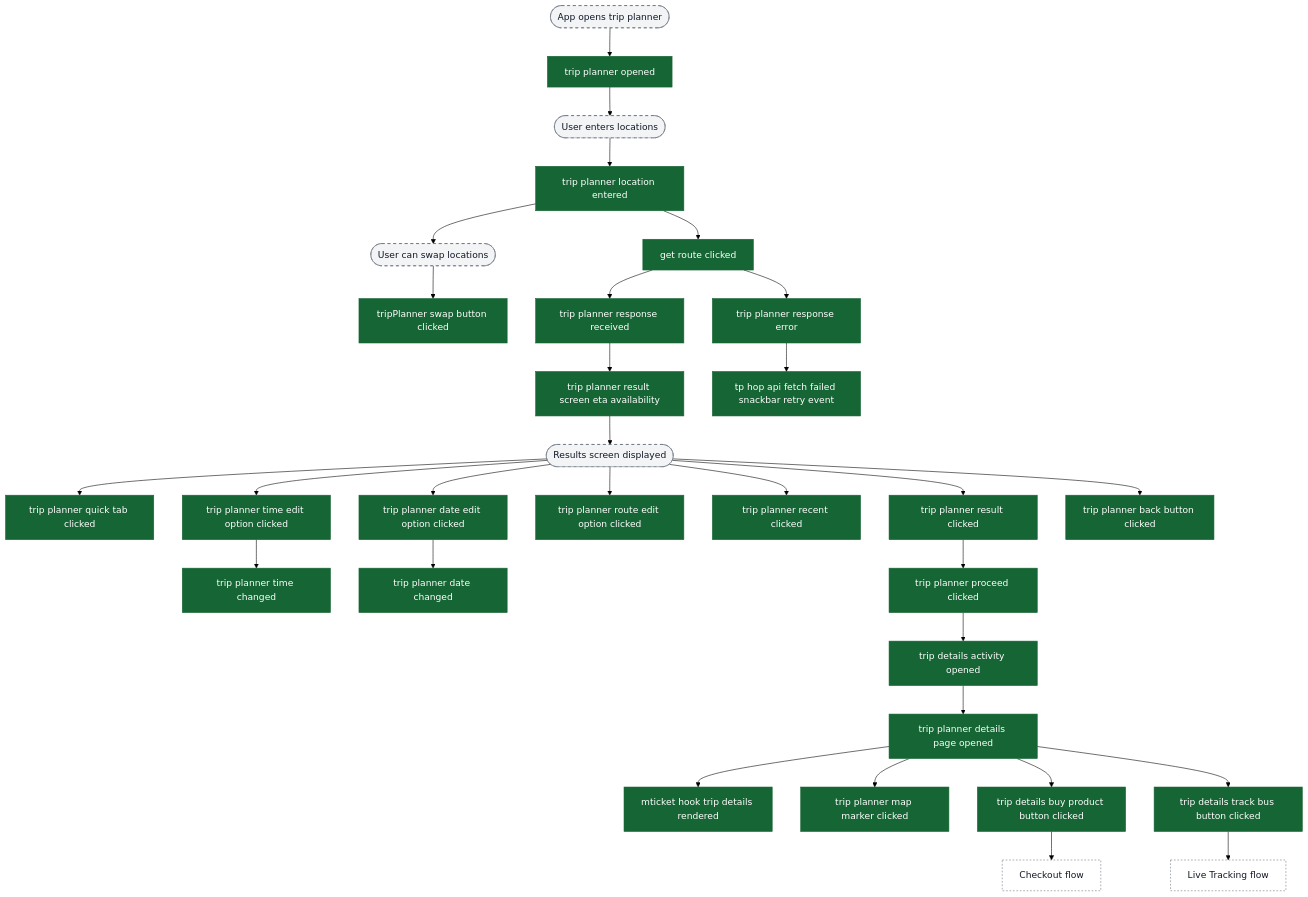
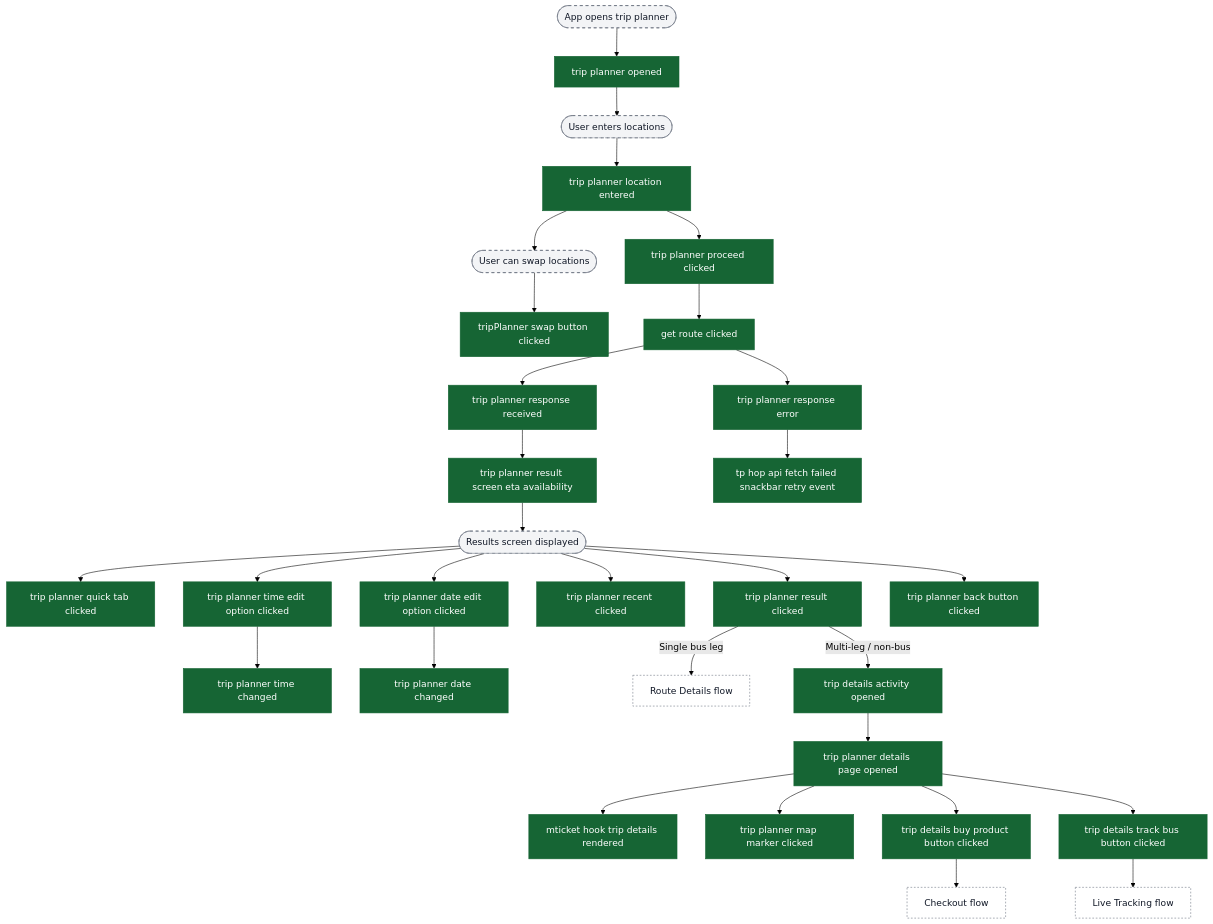
Before and after one commit to ratulsarna/chalo-app-dashboard: the second of 5 diagrams in content/analytics/trip-planner/flow-diagrams.md, drawn with Mermaid (forest theme). The commit also changed other lines of this file and 3 other files, not shown here.

Commit message:
feat(analytics): update mTicket and Trip Planner event definitions and flow diagrams

````diff
--- a/content/analytics/trip-planner/flow-diagrams.md
+++ b/content/analytics/trip-planner/flow-diagrams.md
@@ -34,51 +34,52 @@
 ```mermaid
 flowchart TD
+  %%chalo:diagram-link ev_resultClicked -> title:Universal Trip Planner: Result Click Branching
   ui_entry([App opens trip planner]) --> ev_opened["trip planner opened"]
 
   ev_opened --> ui_search([User enters locations])
   ui_search --> ev_locationEntered["trip planner location entered"]
 
   ev_locationEntered --> ui_canSwap([User can swap locations])
   ui_canSwap --> ev_swap["tripPlanner swap button clicked"]
 
-  ev_locationEntered --> ev_getRoute["get route clicked"]
+  ev_locationEntered --> ev_proceed["trip planner proceed clicked"]
+  ev_proceed --> ev_getRoute["get route clicked"]
   ev_getRoute --> ev_responseReceived["trip planner response received"]
   ev_getRoute --> ev_responseError["trip planner response error"]
 
   ev_responseReceived --> ev_etaAvailability["trip planner result screen eta availability"]
   ev_etaAvailability --> ui_resultsScreen([Results screen displayed])
 
   ui_resultsScreen --> ev_tabClicked["trip planner quick tab clicked"]
   ui_resultsScreen --> ev_timeEdit["trip planner time edit option clicked"]
   ui_resultsScreen --> ev_dateEdit["trip planner date edit option clicked"]
-  ui_resultsScreen --> ev_routeEdit["trip planner route edit option clicked"]
 
   ev_timeEdit --> ev_timeChanged["trip planner time changed"]
   ev_dateEdit --> ev_dateChanged["trip planner date changed"]
 
   ui_resultsScreen --> ev_recentClicked["trip planner recent clicked"]
   ui_resultsScreen --> ev_resultClicked["trip planner result clicked"]
 
-  ev_resultClicked --> ev_proceed["trip planner proceed clicked"]
-  ev_proceed --> ev_tripDetailsActivityOpened["trip details activity opened"]
+  ev_resultClicked -->|Single bus leg| ext_routeDetails[Route Details flow]
+  ev_resultClicked -->|Multi-leg / non-bus| ev_tripDetailsActivityOpened["trip details activity opened"]
   ev_tripDetailsActivityOpened --> ev_detailsOpened["trip planner details page opened"]
 
   ev_detailsOpened --> ev_mticketHook["mticket hook trip details rendered"]
   ev_detailsOpened --> ev_mapMarker["trip planner map marker clicked"]
   ev_detailsOpened --> ev_buyProduct["trip details buy product button clicked"]
   ev_detailsOpened --> ev_trackBus["trip details track bus button clicked"]
 
   ev_buyProduct --> ext_checkout[Checkout flow]
   ev_trackBus --> ext_tracking[Live Tracking flow]
 
   ui_resultsScreen --> ev_back["trip planner back button clicked"]
   ev_responseError --> ev_hopRetry["tp hop api fetch failed snackbar retry event"]
 
   classDef event fill:#166534,stroke:#166534,color:#ffffff;
   classDef ui fill:#f3f4f6,stroke:#6b7280,stroke-dasharray: 5 5,color:#111827;
   classDef external fill:#ffffff,stroke:#6b7280,stroke-dasharray: 3 3,color:#111827;
 
-  class ev_opened,ev_locationEntered,ev_swap,ev_getRoute,ev_responseReceived,ev_responseError,ev_etaAvailability,ev_tabClicked,ev_timeEdit,ev_dateEdit,ev_routeEdit,ev_timeChanged,ev_dateChanged,ev_recentClicked,ev_resultClicked,ev_proceed,ev_tripDetailsActivityOpened,ev_detailsOpened,ev_mticketHook,ev_mapMarker,ev_buyProduct,ev_trackBus,ev_back,ev_hopRetry event;
+  class ev_opened,ev_locationEntered,ev_swap,ev_proceed,ev_getRoute,ev_responseReceived,ev_responseError,ev_etaAvailability,ev_tabClicked,ev_timeEdit,ev_dateEdit,ev_timeChanged,ev_dateChanged,ev_recentClicked,ev_resultClicked,ev_tripDetailsActivityOpened,ev_detailsOpened,ev_mticketHook,ev_mapMarker,ev_buyProduct,ev_trackBus,ev_back,ev_hopRetry event;
   class ui_entry,ui_search,ui_canSwap,ui_resultsScreen ui;
-  class ext_checkout,ext_tracking external;
+  class ext_routeDetails,ext_checkout,ext_tracking external;
 ```
````
